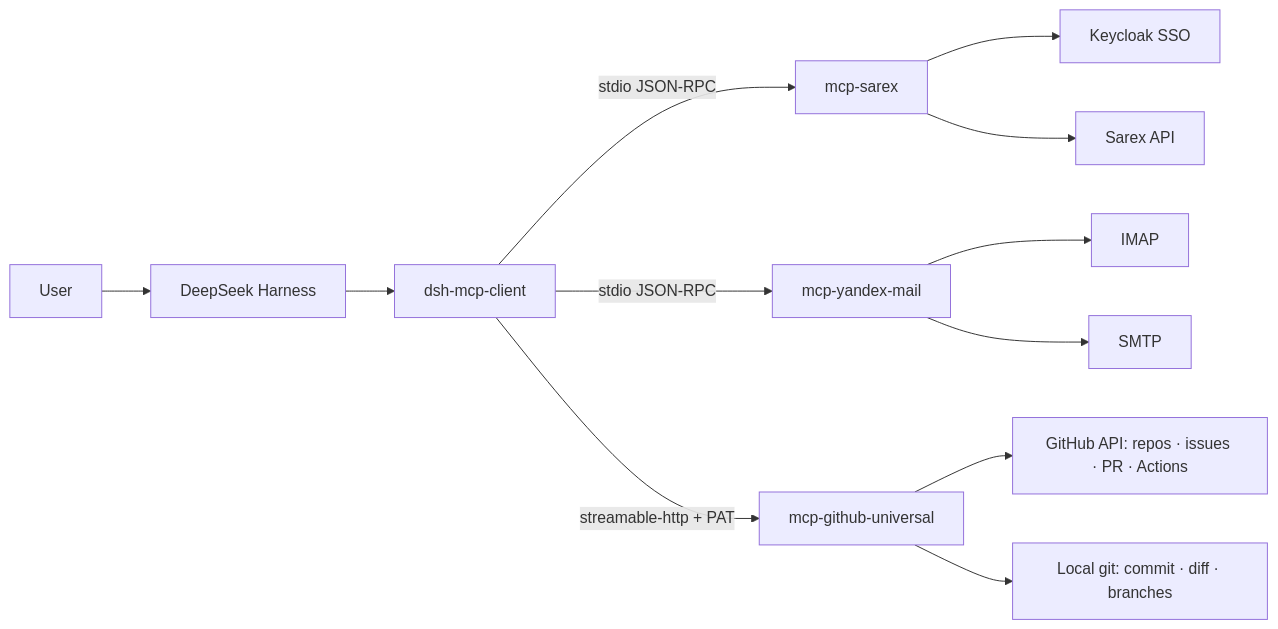
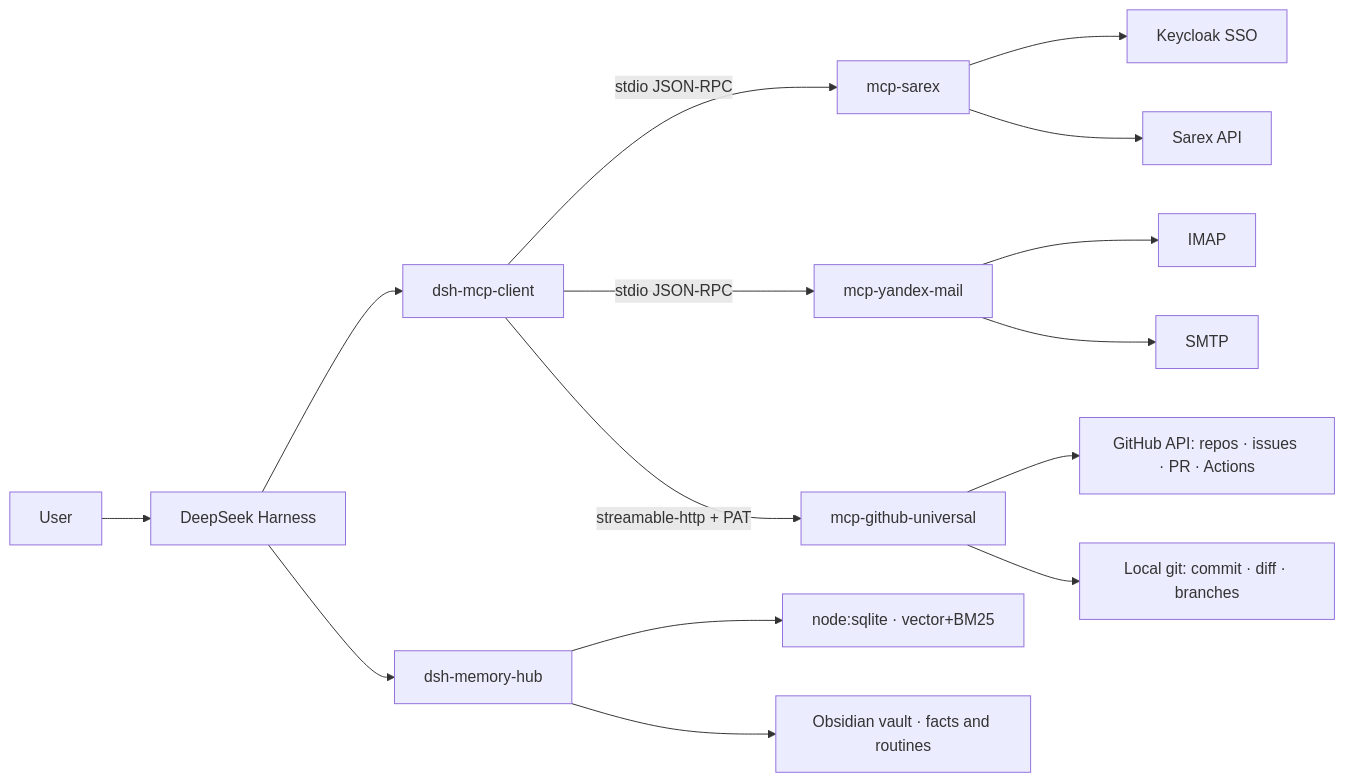
Before and after one commit to rukazax/deepseek_harness: the second of 2 diagrams in README.md, drawn with Mermaid. The commit also changed other lines of this file, not shown here.

Commit message:
docs(dsh-memory-hub): bilingual setup pages, architecture diagrams and repo index

````diff
--- a/README.md
+++ b/README.md
@@ -145,14 +151,17 @@
 ```mermaid
 flowchart LR
     U[User] --> DSH[DeepSeek Harness]
     DSH --> P[dsh-mcp-client]
     P -->|stdio JSON-RPC| S1[mcp-sarex]
     P -->|stdio JSON-RPC| S2[mcp-yandex-mail]
     P -->|streamable-http + PAT| S3[mcp-github-universal]
     S1 --> KC[Keycloak SSO]
     S1 --> API[Sarex API]
     S2 --> IMAP[IMAP]
     S2 --> SMTP[SMTP]
     S3 --> GH[GitHub API: repos · issues · PR · Actions]
     S3 --> LG[Local git: commit · diff · branches]
+    DSH --> MEM[dsh-memory-hub]
+    MEM --> RU2[node:sqlite · vector+BM25]
+    MEM --> OBS[Obsidian vault · facts and routines]
 ```
````
